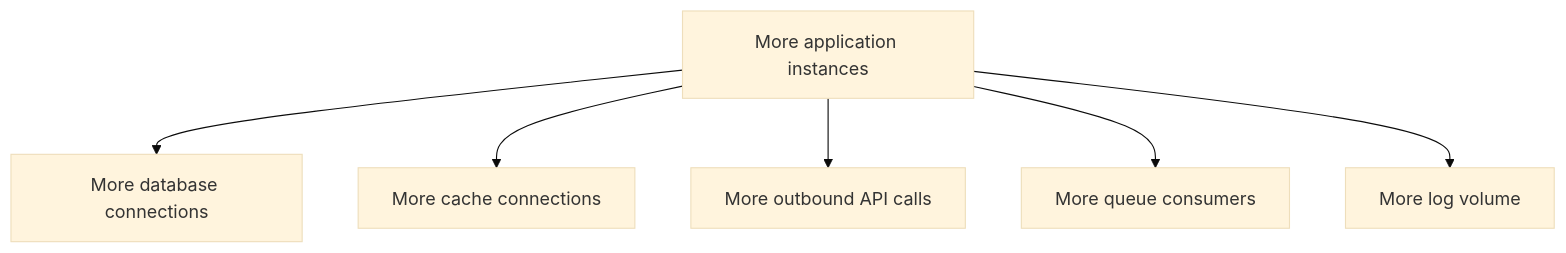
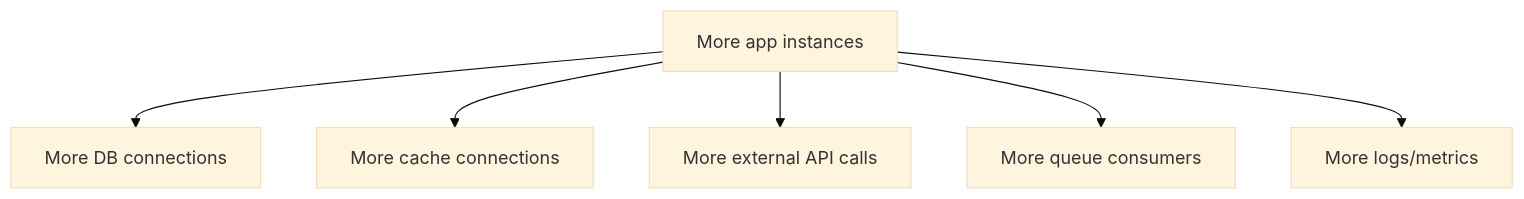
Diagram 15 of 15 in src/content/devops/load-balancing-auto-scaling.md (AvadhBhalodiya/Interview-Preparation), drawn with Mermaid (base theme) before and after one commit. The commit also changed other lines of this file and 54 other files, not shown here.

````diff
--- a/src/content/devops/load-balancing-auto-scaling.md
+++ b/src/content/devops/load-balancing-auto-scaling.md
@@ -1473,8 +1226,8 @@
 ```mermaid
 flowchart TD
-    A[More application instances] --> B[More database connections]
+    A[More app instances] --> DB[More DB connections]
     A --> C[More cache connections]
-    A --> D[More outbound API calls]
-    A --> E[More queue consumers]
-    A --> F[More log volume]
+    A --> API[More external API calls]
+    A --> Q[More queue consumers]
+    A --> L[More logs/metrics]
 ```
````
